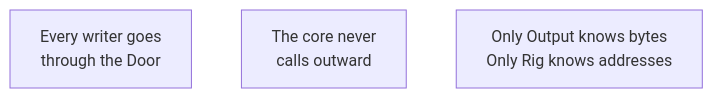
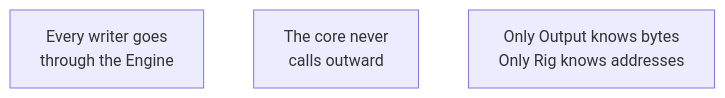
The second of 4 diagrams in docs/design/modules.md (abossard/bossylights), drawn with Mermaid before and after one commit. The commit also changed other lines of this file and 3 other files, not shown here.

Commit message:
docs: the module Door is now called Engine

````diff
--- a/docs/design/modules.md
+++ b/docs/design/modules.md
@@ -73,4 +73,4 @@
 ```mermaid
 flowchart LR
-  R1["Every writer goes<br/>through the Door"] ~~~ R2["The core never<br/>calls outward"] ~~~ R3["Only Output knows bytes<br/>Only Rig knows addresses"]
+  R1["Every writer goes<br/>through the Engine"] ~~~ R2["The core never<br/>calls outward"] ~~~ R3["Only Output knows bytes<br/>Only Rig knows addresses"]
 ```
````
